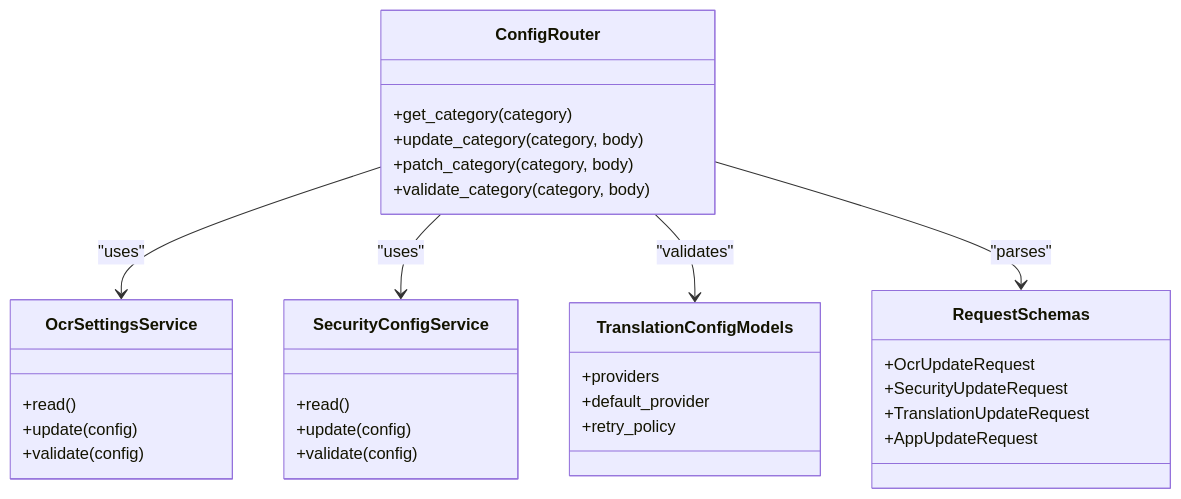
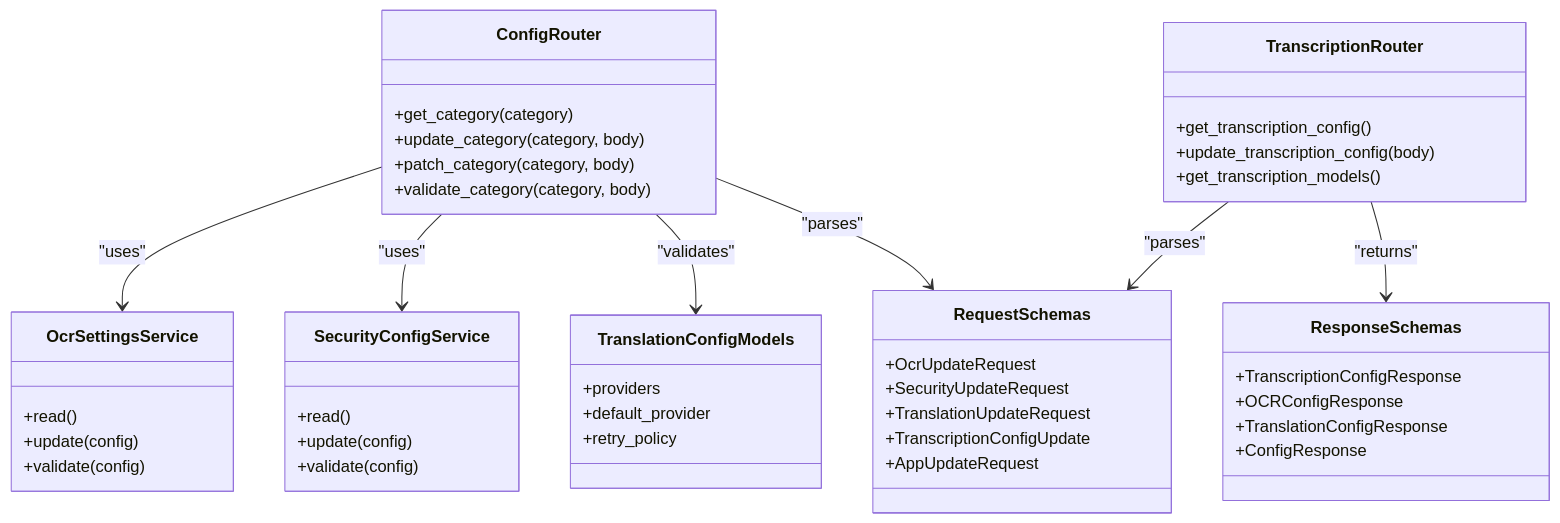
One commit to Sifr-r/LocalDeepL changed the third of 3 diagrams in .qoder/repowiki/en/content/API Reference/REST API Endpoints/Configuration API.md. Above: the diagram before and after it, drawn with Mermaid. The commit also changed other lines of this file and 104 other files, not shown here.

````diff
--- a/.qoder/repowiki/en/content/API Reference/REST API Endpoints/Configuration API.md
+++ b/.qoder/repowiki/en/content/API Reference/REST API Endpoints/Configuration API.md
@@ -337,34 +411,48 @@
 ```mermaid
 classDiagram
 class ConfigRouter {
 +get_category(category)
 +update_category(category, body)
 +patch_category(category, body)
 +validate_category(category, body)
+}
+class TranscriptionRouter {
++get_transcription_config()
++update_transcription_config(body)
++get_transcription_models()
 }
 class OcrSettingsService {
 +read()
 +update(config)
 +validate(config)
 }
 class SecurityConfigService {
 +read()
 +update(config)
 +validate(config)
 }
 class TranslationConfigModels {
 +providers
 +default_provider
 +retry_policy
 }
 class RequestSchemas {
 +OcrUpdateRequest
 +SecurityUpdateRequest
 +TranslationUpdateRequest
++TranscriptionConfigUpdate
 +AppUpdateRequest
+}
+class ResponseSchemas {
++TranscriptionConfigResponse
++OCRConfigResponse
++TranslationConfigResponse
++ConfigResponse
 }
 ConfigRouter --> OcrSettingsService : "uses"
 ConfigRouter --> SecurityConfigService : "uses"
 ConfigRouter --> TranslationConfigModels : "validates"
 ConfigRouter --> RequestSchemas : "parses"
+TranscriptionRouter --> RequestSchemas : "parses"
+TranscriptionRouter --> ResponseSchemas : "returns"
 ```
````
